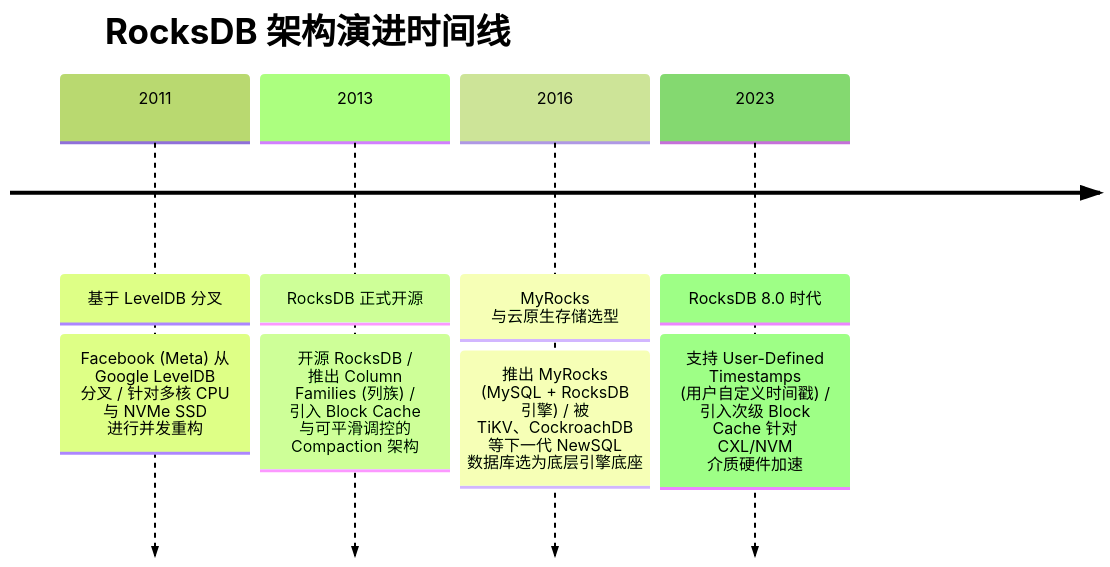
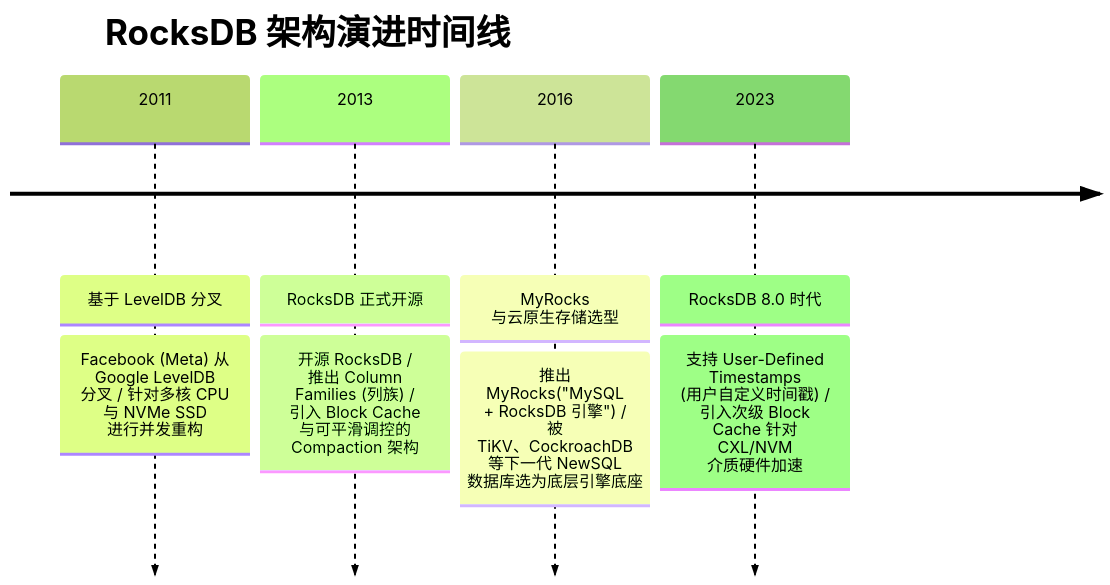
Before and after one commit to koosai/AI-Architect-Learning: the seventh of 7 diagrams in docs/atlas/rocksdb.mdx, drawn with Mermaid (forest theme). The commit also changed other lines of this file and 187 other files, not shown here.

Commit message:
fix(mermaid): fix all unquoted parens and edge label syntax errors across all docs

````diff
--- a/docs/atlas/rocksdb.mdx
+++ b/docs/atlas/rocksdb.mdx
@@ -251,8 +251,8 @@
 ```mermaid
 timeline
   title RocksDB 架构演进时间线
   2011 : 基于 LevelDB 分叉 : Facebook (Meta) 从 Google LevelDB 分叉 / 针对多核 CPU 与 NVMe SSD 进行并发重构
   2013 : RocksDB 正式开源 : 开源 RocksDB / 推出 Column Families (列族) / 引入 Block Cache 与可平滑调控的 Compaction 架构
-  2016 : MyRocks 与云原生存储选型 : 推出 MyRocks (MySQL + RocksDB 引擎) / 被 TiKV、CockroachDB 等下一代 NewSQL 数据库选为底层引擎底座
+  2016 : MyRocks 与云原生存储选型 : 推出 MyRocks("MySQL + RocksDB 引擎") / 被 TiKV、CockroachDB 等下一代 NewSQL 数据库选为底层引擎底座
   2023 : RocksDB 8.0 时代 : 支持 User-Defined Timestamps (用户自定义时间戳) / 引入次级 Block Cache 针对 CXL/NVM 介质硬件加速
 ```
````
